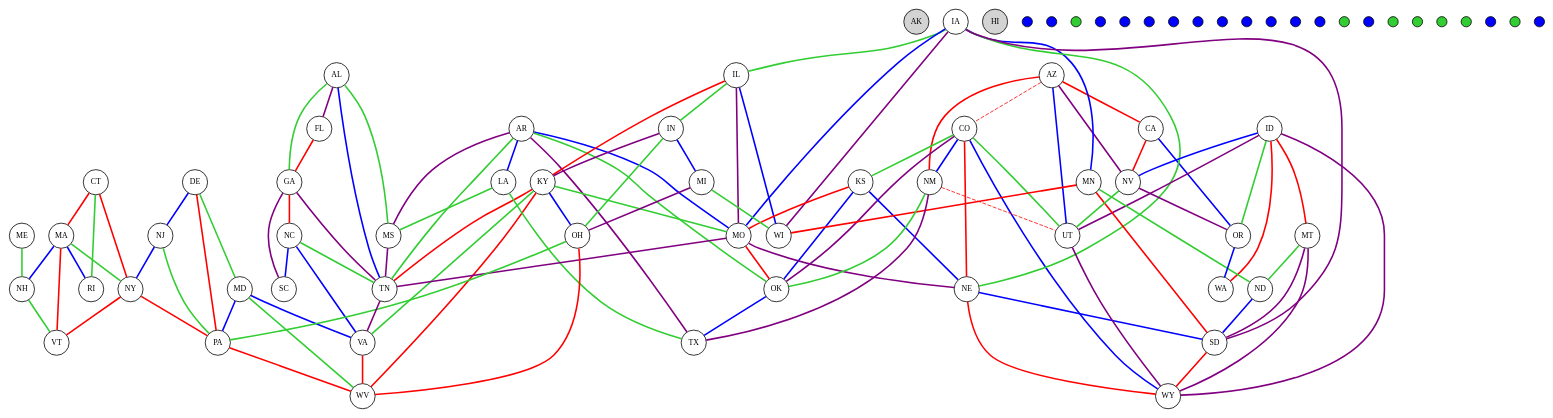
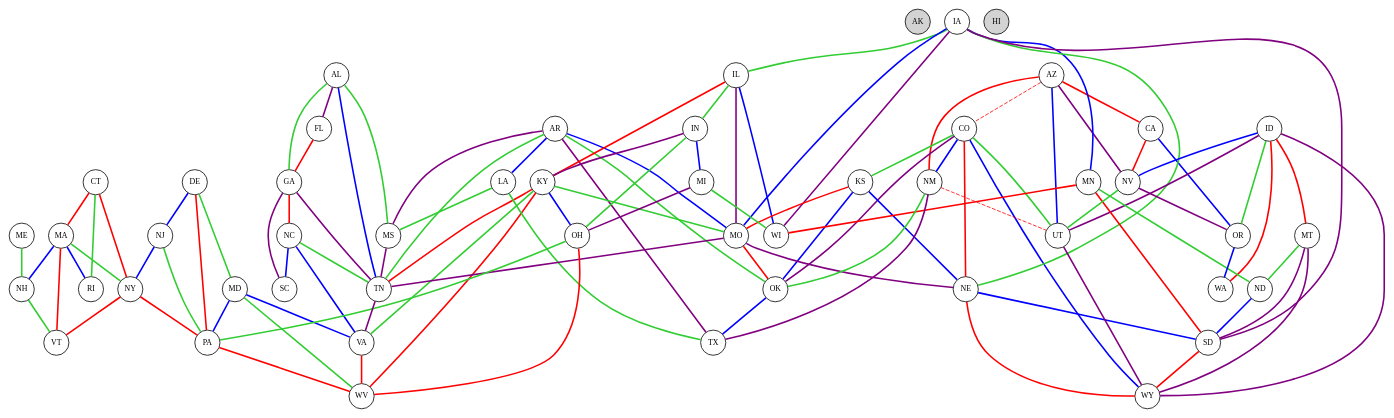
One commit to jaycoskey/DataVisualization changed the diagram in states_gridify.dot. Above: the diagram before and after it, drawn with Graphviz. The commit also changed 4 other files, not shown here.

```diff
--- a/states_gridify.dot
+++ b/states_gridify.dot
@@ -1,195 +1,166 @@
 strict graph States {
     node [fixedsize=true fontsize=10 height=0.45 width=0.45]
     overlap=false
     penwidth=7
 
     AK [pos="0.0,50.0" style=filled fillcolor=lightgray]
     AL [pos="350.0,50.0"]
     AR [pos="250.0,150.0"]
     AZ [pos="100.0,100.0"]
     CA [pos="0.0,200.0"]
     CO [pos="150.0,250.0"]
     CT [pos="600.0,300.0"]
     DE [pos="550.0,250.0"]
     FL [pos="450.0,0.0"]
     GA [pos="400.0,50.0"]
     HI [pos="100.0,50.0" style=filled fillcolor=lightgray]
     IA [pos="250.0,300.0"]
     ID [pos="50.0,400.0"]
     IL [pos="300.0,300.0"]
     IN [pos="350.0,300.0"]
     KS [pos="200.0,250.0"]
     KY [pos="400.0,200.0"]
     LA [pos="250.0,50.0"]
     MA [pos="650.0,350.0"]
     MD [pos="500.0,250.0"]
     ME [pos="700.0,400.0"]
     MI [pos="350.0,400.0"]
     MN [pos="250.0,450.0"]
     MO [pos="250.0,200.0"]
     MS [pos="300.0,50.0"]
     MT [pos="100.0,450.0"]
     NC [pos="500.0,150.0"]
     ND [pos="200.0,450.0"]
     NE [pos="200.0,300.0"]
     NH [pos="650.0,400.0"]
     NJ [pos="550.0,300.0"]
     NM [pos="150.0,150.0"]
     NV [pos="50.0,250.0"]
     NY [pos="550.0,350.0"]
     OH [pos="400.0,300.0"]
     OK [pos="200.0,150.0"]
     OR [pos="0.0,400.0"]
     PA [pos="500.0,300.0"]
     RI [pos="650.0,300.0"]
     SC [pos="500.0,100.0"]
     SD [pos="200.0,400.0"]
     TN [pos="350.0,150.0"]
     TX [pos="200.0,50.0"]
     UT [pos="100.0,250.0"]
     VA [pos="500.0,200.0"]
     VT [pos="600.0,400.0"]
     WA [pos="0.0,450.0"]
     WI [pos="300.0,400.0"]
     WV [pos="450.0,250.0"]
     WY [pos="150.0,350.0"]
 
     AL -- FL [style=bold color=purple]
     AL -- GA [style=bold color=limegreen]
     AL -- MS [style=bold color=limegreen]
     AL -- TN [style=bold color=blue]
-        ALTN [pos="350,100" style=filled fillcolor=blue height=0.18000000000000002 width=0.18000000000000002 label=""]
     AR -- LA [style=bold color=blue]
-        ARLA [pos="250,100" style=filled fillcolor=blue height=0.18000000000000002 width=0.18000000000000002 label=""]
     AR -- MO [style=bold color=blue]
     AR -- MS [style=bold color=purple]
     AR -- OK [style=bold color=limegreen]
     AR -- TN [style=bold color=limegreen]
-        ARTN [pos="300,150" style=filled fillcolor=limegreen height=0.18000000000000002 width=0.18000000000000002 label=""]
     AR -- TX [style=bold color=purple]
     AZ -- CA [style=bold color=red]
     AZ -- NM [style=bold color=red]
     AZ -- NV [style=bold color=purple]
     AZ -- UT [style=bold color=blue]
-        AZUT [pos="100,150" style=filled fillcolor=blue height=0.18000000000000002 width=0.18000000000000002 label=""]
-        AZUT [pos="100,200" style=filled fillcolor=blue height=0.18000000000000002 width=0.18000000000000002 label=""]
     CA -- NV [style=bold color=red]
     CA -- OR [style=bold color=blue]
-        CAOR [pos="0,250" style=filled fillcolor=blue height=0.18000000000000002 width=0.18000000000000002 label=""]
-        CAOR [pos="0,300" style=filled fillcolor=blue height=0.18000000000000002 width=0.18000000000000002 label=""]
-        CAOR [pos="0,350" style=filled fillcolor=blue height=0.18000000000000002 width=0.18000000000000002 label=""]
     CO -- KS [style=bold color=limegreen]
     CO -- NE [style=bold color=red]
     CO -- NM [style=bold color=blue]
-        CONM [pos="150,200" style=filled fillcolor=blue height=0.18000000000000002 width=0.18000000000000002 label=""]
     CO -- OK [style=bold color=purple]
     CO -- UT [style=bold color=limegreen]
     CO -- WY [style=bold color=blue]
-        COWY [pos="150,300" style=filled fillcolor=blue height=0.18000000000000002 width=0.18000000000000002 label=""]
     CT -- MA [style=bold color=red]
     CT -- NY [style=bold color=red]
     CT -- RI [style=bold color=limegreen]
     DE -- MD [style=bold color=limegreen]
     DE -- NJ [style=bold color=blue]
     DE -- PA [style=bold color=red]
     FL -- GA [style=bold color=red]
     GA -- NC [style=bold color=red]
     GA -- SC [style=bold color=purple]
     GA -- TN [style=bold color=purple]
     IA -- IL [style=bold color=limegreen]
     IA -- MN [style=bold color=blue]
-        IAMN [pos="250,350" style=filled fillcolor=blue height=0.18000000000000002 width=0.18000000000000002 label=""]
-        IAMN [pos="250,400" style=filled fillcolor=blue height=0.18000000000000002 width=0.18000000000000002 label=""]
     IA -- MO [style=bold color=blue]
-        IAMO [pos="250,250" style=filled fillcolor=blue height=0.18000000000000002 width=0.18000000000000002 label=""]
     IA -- NE [style=bold color=limegreen]
     IA -- SD [style=bold color=purple]
     IA -- WI [style=bold color=purple]
     ID -- MT [style=bold color=red]
     ID -- NV [style=bold color=blue]
-        IDNV [pos="50,300" style=filled fillcolor=blue height=0.18000000000000002 width=0.18000000000000002 label=""]
-        IDNV [pos="50,350" style=filled fillcolor=blue height=0.18000000000000002 width=0.18000000000000002 label=""]
     ID -- OR [style=bold color=limegreen]
     ID -- UT [style=bold color=purple]
     ID -- WA [style=bold color=red]
     ID -- WY [style=bold color=purple]
     IL -- IN [style=bold color=limegreen]
     IL -- KY [style=bold color=red]
     IL -- MO [style=bold color=purple]
     IL -- WI [style=bold color=blue]
-        ILWI [pos="300,350" style=filled fillcolor=blue height=0.18000000000000002 width=0.18000000000000002 label=""]
     IN -- KY [style=bold color=purple]
     IN -- MI [style=bold color=blue]
-        INMI [pos="350,350" style=filled fillcolor=blue height=0.18000000000000002 width=0.18000000000000002 label=""]
     IN -- OH [style=bold color=limegreen]
     KS -- MO [style=bold color=red]
     KS -- NE [style=bold color=blue]
     KS -- OK [style=bold color=blue]
-        KSOK [pos="200,200" style=filled fillcolor=blue height=0.18000000000000002 width=0.18000000000000002 label=""]
     KY -- MO [style=bold color=limegreen]
-        KYMO [pos="300,200" style=filled fillcolor=limegreen height=0.18000000000000002 width=0.18000000000000002 label=""]
-        KYMO [pos="350,200" style=filled fillcolor=limegreen height=0.18000000000000002 width=0.18000000000000002 label=""]
     KY -- OH [style=bold color=blue]
-        KYOH [pos="400,250" style=filled fillcolor=blue height=0.18000000000000002 width=0.18000000000000002 label=""]
     KY -- TN [style=bold color=red]
     KY -- VA [style=bold color=limegreen]
-        KYVA [pos="450,200" style=filled fillcolor=limegreen height=0.18000000000000002 width=0.18000000000000002 label=""]
     KY -- WV [style=bold color=red]
     LA -- MS [style=bold color=limegreen]
     LA -- TX [style=bold color=limegreen]
     MA -- NH [style=bold color=blue]
     MA -- NY [style=bold color=limegreen]
-        MANY [pos="600,350" style=filled fillcolor=limegreen height=0.18000000000000002 width=0.18000000000000002 label=""]
     MA -- RI [style=bold color=blue]
     MA -- VT [style=bold color=red]
     MD -- PA [style=bold color=blue]
     MD -- VA [style=bold color=blue]
     MD -- WV [style=bold color=limegreen]
     ME -- NH [style=bold color=limegreen]
     MI -- OH [style=bold color=purple]
     MI -- WI [style=bold color=limegreen]
     MN -- ND [style=bold color=limegreen]
     MN -- SD [style=bold color=red]
     MN -- WI [style=bold color=red]
     MO -- NE [style=bold color=purple]
     MO -- OK [style=bold color=red]
     MO -- TN [style=bold color=purple]
     MS -- TN [style=bold color=purple]
     MT -- ND [style=bold color=limegreen]
-        MTND [pos="150,450" style=filled fillcolor=limegreen height=0.18000000000000002 width=0.18000000000000002 label=""]
     MT -- SD [style=bold color=purple]
     MT -- WY [style=bold color=purple]
     NC -- SC [style=bold color=blue]
     NC -- TN [style=bold color=limegreen]
-        NCTN [pos="400,150" style=filled fillcolor=limegreen height=0.18000000000000002 width=0.18000000000000002 label=""]
-        NCTN [pos="450,150" style=filled fillcolor=limegreen height=0.18000000000000002 width=0.18000000000000002 label=""]
     NC -- VA [style=bold color=blue]
     ND -- SD [style=bold color=blue]
     NE -- SD [style=bold color=blue]
-        NESD [pos="200,350" style=filled fillcolor=blue height=0.18000000000000002 width=0.18000000000000002 label=""]
     NE -- WY [style=bold color=red]
     NH -- VT [style=bold color=limegreen]
     NJ -- NY [style=bold color=blue]
     NJ -- PA [style=bold color=limegreen]
     NM -- OK [style=bold color=limegreen]
     NM -- TX [style=bold color=purple]
     NV -- OR [style=bold color=purple]
     NV -- UT [style=bold color=limegreen]
     NY -- PA [style=bold color=red]
     NY -- VT [style=bold color=red]
     OH -- PA [style=bold color=limegreen]
-        OHPA [pos="450,300" style=filled fillcolor=limegreen height=0.18000000000000002 width=0.18000000000000002 label=""]
     OH -- WV [style=bold color=red]
     OK -- TX [style=bold color=blue]
-        OKTX [pos="200,100" style=filled fillcolor=blue height=0.18000000000000002 width=0.18000000000000002 label=""]
     OR -- WA [style=bold color=blue]
     PA -- WV [style=bold color=red]
     SD -- WY [style=bold color=red]
     TN -- VA [style=bold color=purple]
     UT -- WY [style=bold color=purple]
     VA -- WV [style=bold color=red]
 
 
     AZ -- CO [color=red style=dashed]
     NM -- UT [color=red style=dashed]
 }
```
